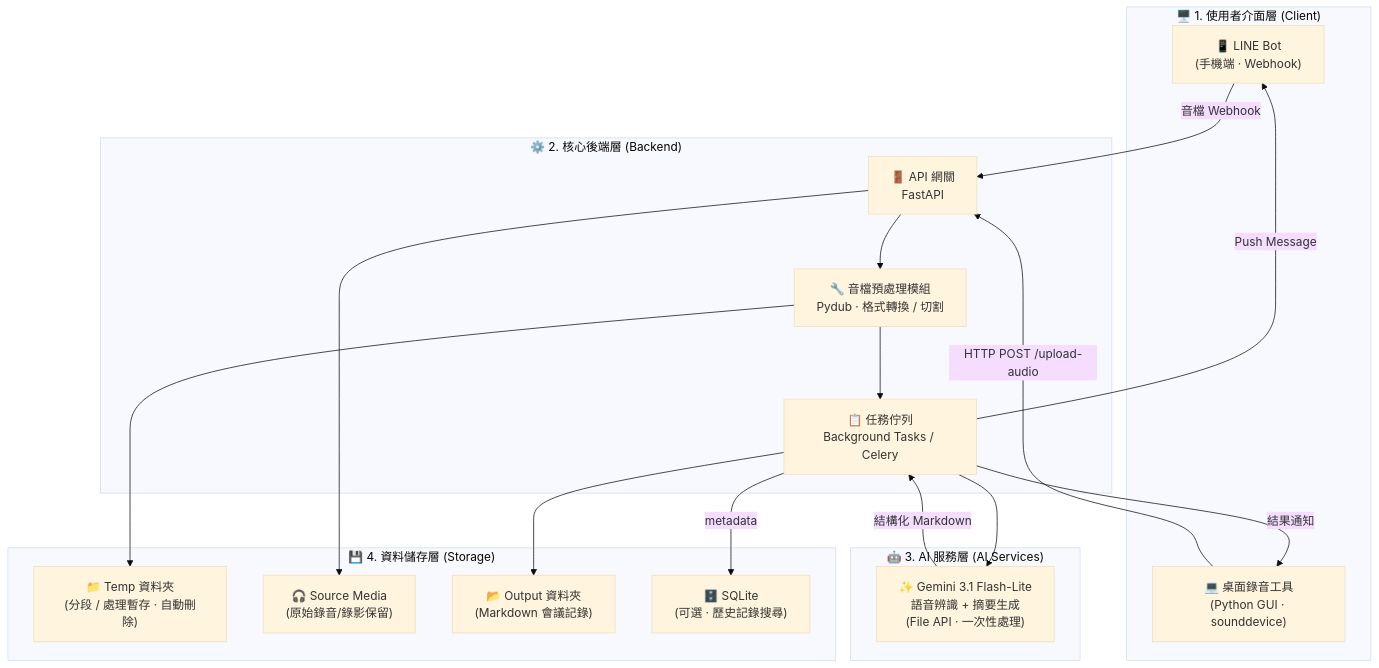
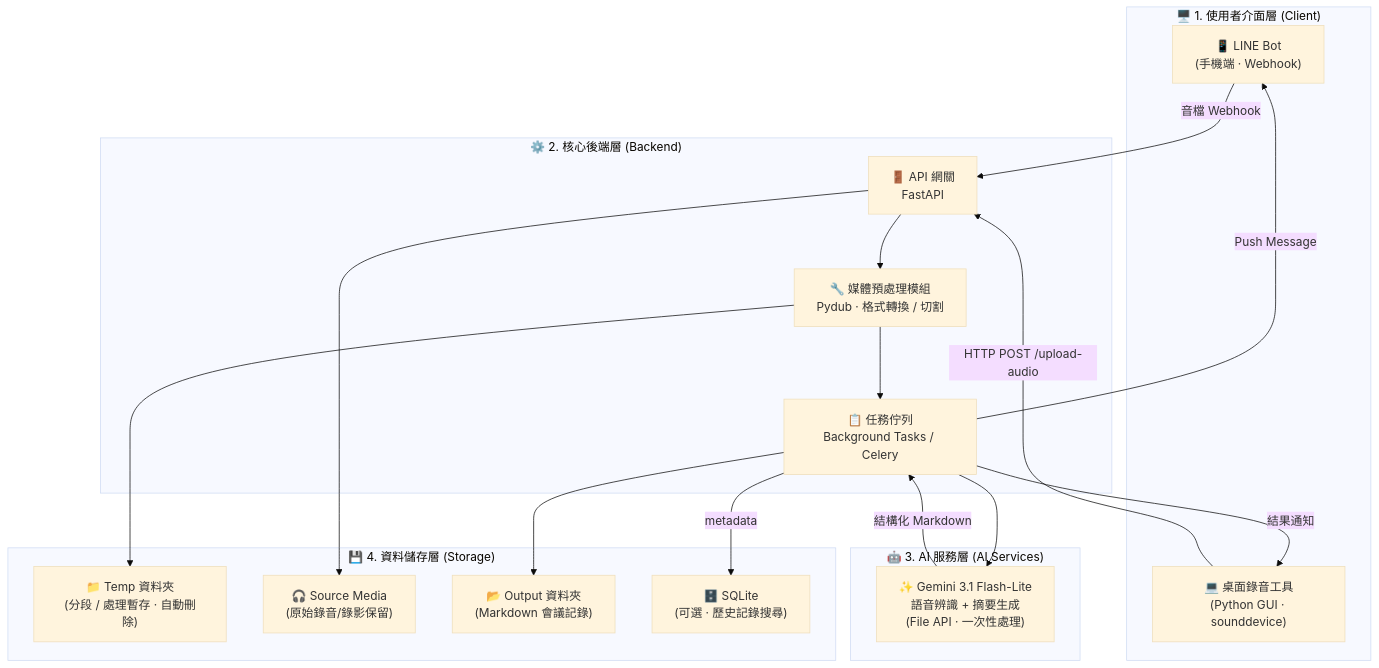
The first of 2 diagrams in ARCHITECTURE.md (balboku/meeting_assistant), drawn with Mermaid (base theme) before and after one commit. The commit also changed other lines of this file and 8 other files, not shown here.

````diff
--- a/ARCHITECTURE.md
+++ b/ARCHITECTURE.md
@@ -11,37 +11,37 @@
 ```mermaid
 graph TB
     subgraph CLIENT["🖥️ 1. 使用者介面層 (Client)"]
         LINE["📱 LINE Bot\n(手機端 · Webhook)"]
         GUI["💻 桌面錄音工具\n(Python GUI · sounddevice)"]
     end
 
     subgraph BACKEND["⚙️ 2. 核心後端層 (Backend)"]
         FASTAPI["🚪 API 網關\nFastAPI"]
-        PREPROCESS["🔧 音檔預處理模組\nPydub · 格式轉換 / 切割"]
+        PREPROCESS["🔧 媒體預處理模組\nPydub · 格式轉換 / 切割"]
         QUEUE["📋 任務佇列\nBackground Tasks / Celery"]
     end
 
     subgraph AI["🤖 3. AI 服務層 (AI Services)"]
         GEMINI["✨ Gemini 3.1 Flash-Lite\n語音辨識 + 摘要生成\n(File API · 一次性處理)"]
     end
 
     subgraph STORAGE["💾 4. 資料儲存層 (Storage)"]
         TEMP["📁 Temp 資料夾\n(分段 / 處理暫存 · 自動刪除)"]
         SOURCE["🎧 Source Media\n(原始錄音/錄影保留)"]
         OUTPUT["📂 Output 資料夾\n(Markdown 會議記錄)"]
         SQLITE["🗄️ SQLite\n(可選 · 歷史記錄搜尋)"]
     end
 
     LINE -- "音檔 Webhook" --> FASTAPI
     GUI -- "HTTP POST /upload-audio" --> FASTAPI
     FASTAPI --> PREPROCESS
     FASTAPI --> SOURCE
     PREPROCESS --> TEMP
     PREPROCESS --> QUEUE
     QUEUE --> GEMINI
     GEMINI -- "結構化 Markdown" --> QUEUE
     QUEUE --> OUTPUT
     QUEUE -- "metadata" --> SQLITE
     QUEUE -- "Push Message" --> LINE
     QUEUE -- "結果通知" --> GUI
 ```
````
